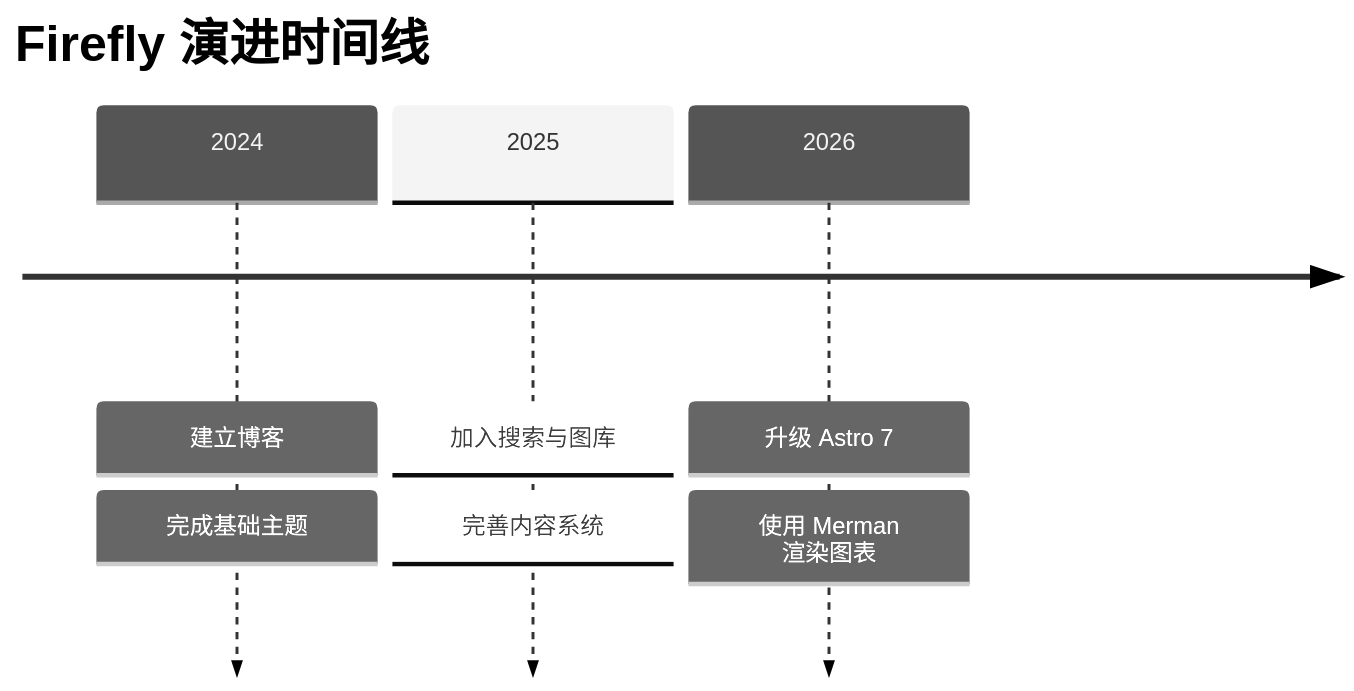
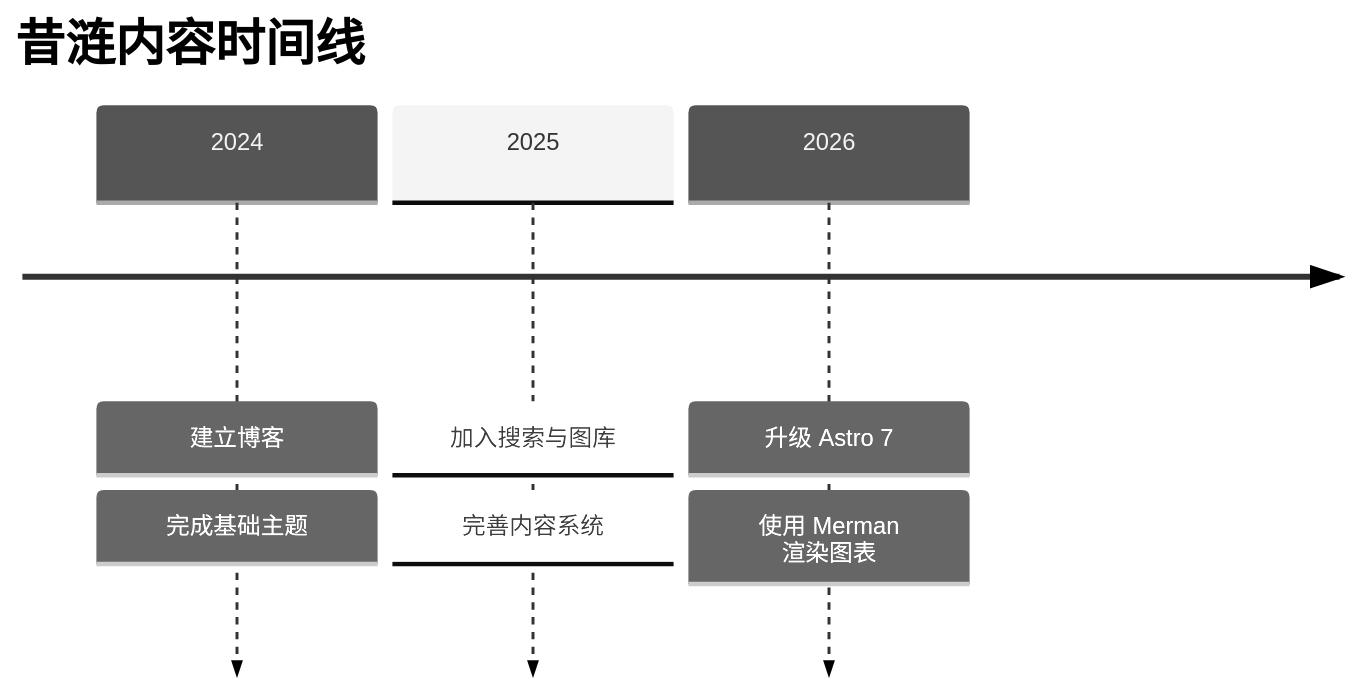
Before and after one commit to aozorae/cyrene-blog: the tenth of 14 diagrams in src/content/posts/markdown-mermaid.md, drawn with Mermaid (neutral theme). The commit also changed other lines of this file and 38 other files, not shown here.

````diff
--- a/src/content/posts/markdown-mermaid.md
+++ b/src/content/posts/markdown-mermaid.md
@@ -252,10 +252,10 @@
 ```mermaid
 timeline
-    title Firefly 演进时间线
+    title 昔涟内容时间线
     2024 : 建立博客
          : 完成基础主题
     2025 : 加入搜索与图库
          : 完善内容系统
     2026 : 升级 Astro 7
          : 使用 Merman 渲染图表
 ```
````
